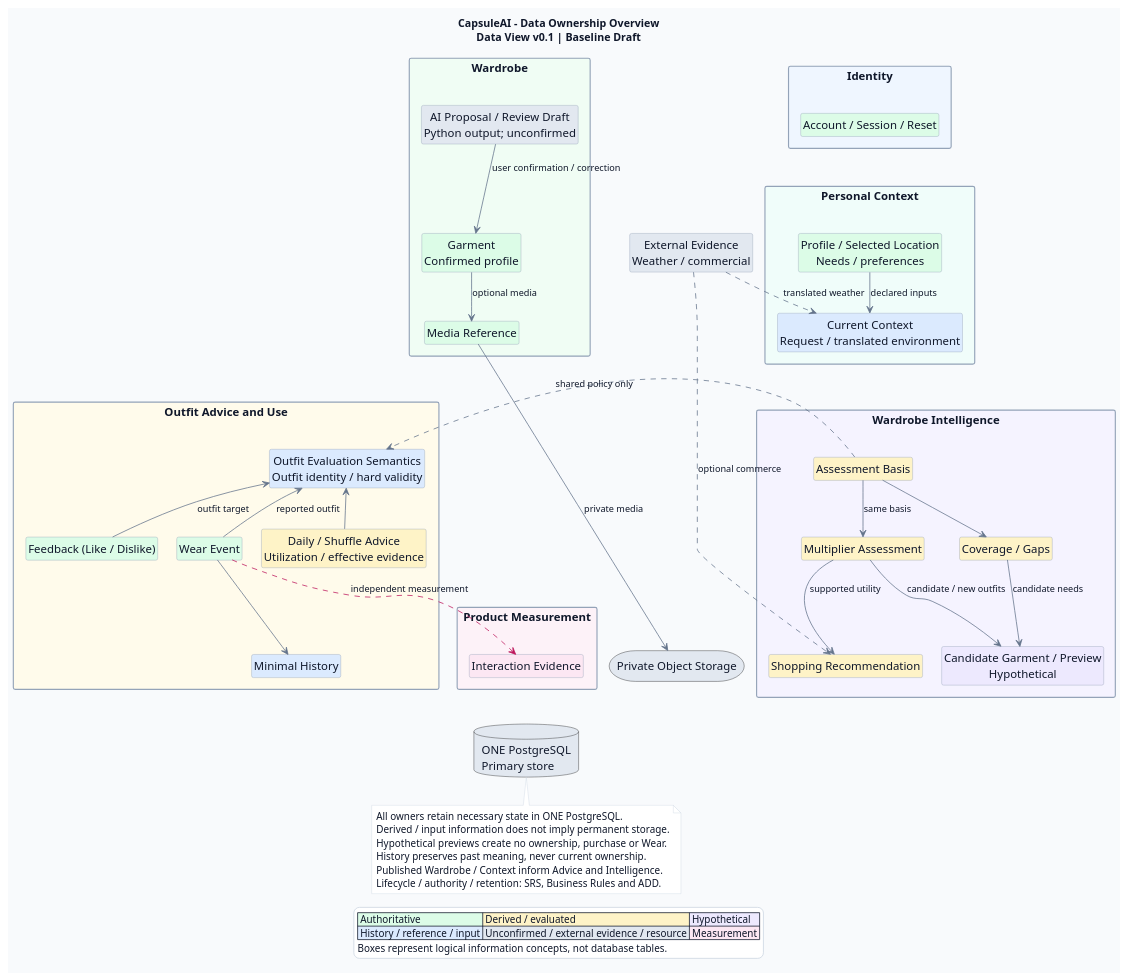
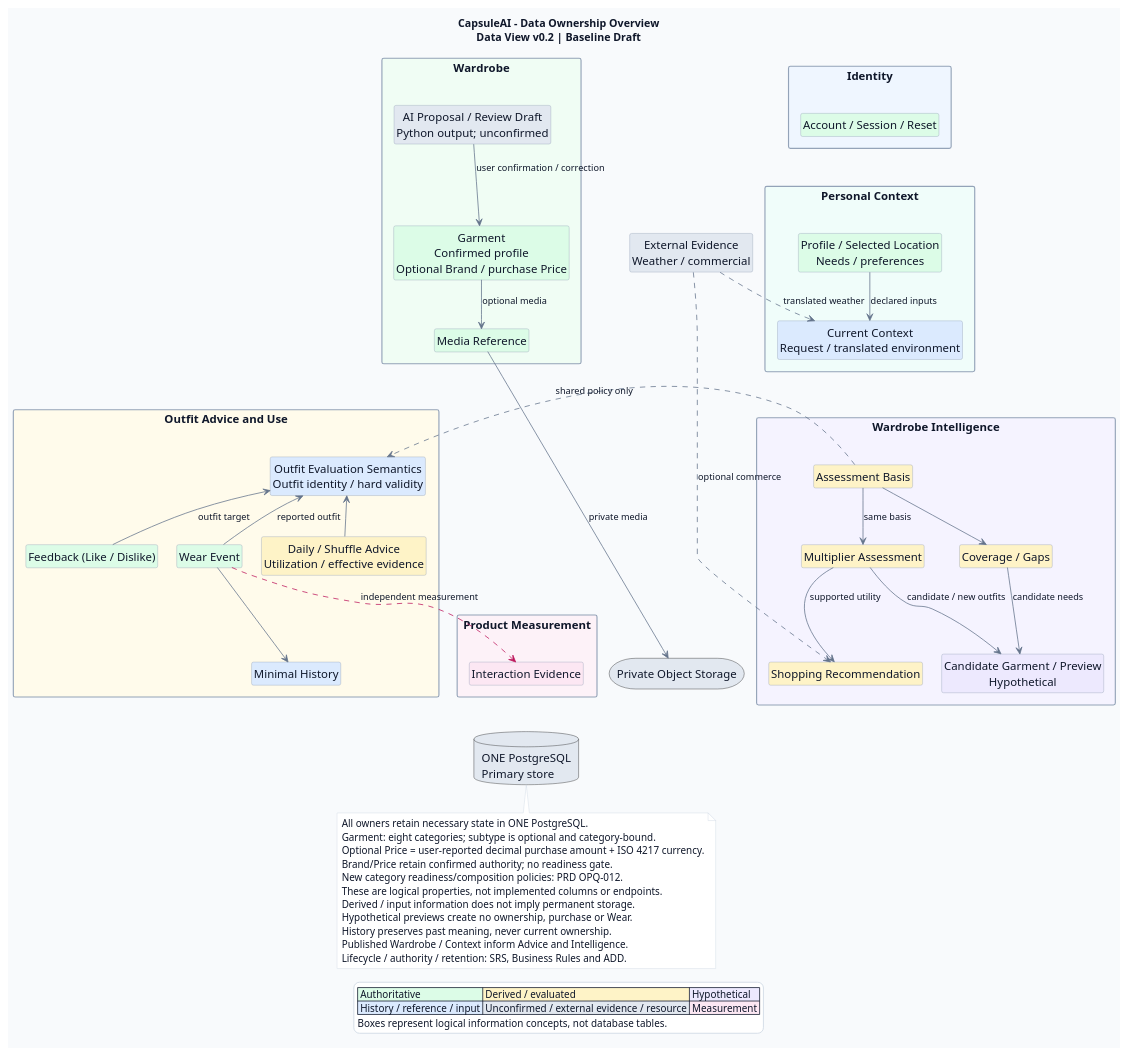
The diagram in docs/04-architecture/views/data-view.puml (luubinhdeptrai/CapsuleAI), drawn with PlantUML before and after one commit. The commit also changed 35 other files, not shown here.

Commit message:
add subtypes for Dress/Jumpsuit, Price and Brand for garment

```diff
--- a/docs/04-architecture/views/data-view.puml
+++ b/docs/04-architecture/views/data-view.puml
@@ -1,142 +1,147 @@
 @startuml
 ' Artifact: CapsuleAI Data View
-' Version: 0.1; Status: Baseline Draft; Presentation refactor: 2026-10-11.
+' Version: 0.2; Status: Baseline Draft; Product-property synchronization: 2026-11-05.
 ' Purpose: Simple logical data ownership overview; concepts are NOT physical tables.
-' Primary Sources: SRS v0.3; Business Rules v0.1.2; ADD v0.1.4;
+' Primary Sources: SRS v0.4; Business Rules v0.2; ADD v0.1.4;
 ' Selected Architecture Decisions v0.1.5 (ADA-001-018 unchanged);
 ' accepted Logical, Implementation and Deployment Views v0.1.
 ' Process: Initial files/CapsuleAI_Scrum_Development_Workflow.md, Sections 4.3/24/40/42/46.
 ' Scope: ownership, major information relationships and conceptual stores; no schema/API design.
 '
 ' Grouped labels summarize related concepts, not merged entities or policies:
 ' Identity retains distinct account/session/reset authority (ADD 9.1; SRS 3.1.1).
 ' Profile includes declared needs/preferences and selected location; request/environment inputs
 ' remain distinct (SRS 3.2/3.3; Logical View's Personal Context and UC-006 authority).
 ' Garment includes its confirmed profile; readiness remains derived Wardrobe policy, not ownership
 ' or a second garment (DATA-GAR-001-005; BRULE-GAR-001-003; ADD 9.5).
 ' Advice and utilization/effective evidence are separate derived meanings under the same owner
 ' (SRS 3.7-3.13; ADD 9.2/9.7); Feedback never implies Wear.
 ' Outfit/Evaluation groups representation and owner-controlled published policy; Intelligence's
 ' reference consumes ONLY the policy, never a private Outfit entity or Daily's displayed subset.
 ' Assessment Basis governs complete same-basis Coverage/Multiplier meaning and hypothetical
 ' previews; five result states and incremental unique-set utility remain in ADD 9.7 / DATA-ANL-004.
 ' Coverage/Gaps remain distinct contextual assessments/capability needs; Candidate/Preview remain
 ' distinct hypothetical meanings (BRULE-COV/GAP/MULT); Shopping retains optional qualified commerce.
 ' Weather/commercial evidence denotes separate sources, not one provider; each owner translates it.
 ' Accepted media associations, minimal history, logical-action outcomes and required resumable
 ' work remain owner-held in ONE PostgreSQL (ADD 8.4/9.2/9.3/9.9; accepted views).
 ' Measurement retains its own work and optional unlinked aggregates (FR-MET-001-007/DATA-RET-003);
 ' its representative fact arrow does not transfer business authority or erase other measured facts.
 ' Detailed lifecycle, authorization, correction/retry/time and source-freshness rules stay in
 ' SRS / Business Rules / ADD; this refactor removes no rule from those authoritative homes.
 ' Draft/evidence/result persistence, physical references/transactions and cleanup realization remain
 ' unresolved detailed design (ADD 9.2-9.9); no shared action/work entity or new decision is selected.
 ' Next: Test Strategy -> Engineering Baseline; Story JIT design follows Sprint selection.
 
-title CapsuleAI - Data Ownership Overview\nData View v0.1 | Baseline Draft
+title CapsuleAI - Data Ownership Overview\nData View v0.2 | Baseline Draft
 allowmixing
 top to bottom direction
 hide empty members
 hide circle
 skinparam backgroundColor #F8FAFC
 skinparam shadowing false
 skinparam packageStyle rectangle
 skinparam defaultFontSize 15
 skinparam ArrowFontSize 12
 skinparam defaultFontColor #0F172A
 skinparam ArrowColor #64748B
 skinparam nodesep 25
 skinparam ranksep 35
 skinparam classBorderColor #94A3B8
 skinparam packageBorderColor #94A3B8
 skinparam noteBackgroundColor #FFFFFF
 skinparam noteBorderColor #CBD5E1
 skinparam noteFontSize 13
 skinparam legendBackgroundColor #FFFFFF
 skinparam legendBorderColor #CBD5E1
 skinparam legendFontSize 13
 
 package "Identity" as Identity #EFF6FF {
     class "Account / Session / Reset" as Access #DCFCE7
 }
 
 package "Personal Context" as Context #F0FDFA {
     class "Profile / Selected Location\nNeeds / preferences" as Profile #DCFCE7
     class "Current Context\nRequest / translated environment" as CurrentContext #DBEAFE
     Profile --> CurrentContext : declared inputs
 }
 
 package "Wardrobe" as Wardrobe #F0FDF4 {
-    class "Garment\nConfirmed profile" as Garment #DCFCE7
+    class "Garment\nConfirmed profile\nOptional Brand / purchase Price" as Garment #DCFCE7
     class "AI Proposal / Review Draft\nPython output; unconfirmed" as Draft #E2E8F0
     class "Media Reference" as MediaReference #DCFCE7
     Draft --> Garment : user confirmation / correction
     Garment --> MediaReference : optional media
 }
 
 package "Outfit Advice and Use" as Outfits #FFFBEB {
     class "Outfit Evaluation Semantics\nOutfit identity / hard validity" as Evaluation #DBEAFE
     class "Daily / Shuffle Advice\nUtilization / effective evidence" as Advice #FEF3C7
     class "Feedback (Like / Dislike)" as Feedback #DCFCE7
     class "Wear Event" as Wear #DCFCE7
     class "Minimal History" as History #DBEAFE
     Advice -up-> Evaluation
     Feedback -up-> Evaluation : outfit target
     Wear -up-> Evaluation : reported outfit
     Wear -down-> History
     Feedback -[hidden]right-> Wear
 }
 
 package "Wardrobe Intelligence" as Intelligence #F5F3FF {
     class "Assessment Basis" as Basis #FEF3C7
     class "Coverage / Gaps" as Coverage #FEF3C7
     class "Candidate Garment / Preview\nHypothetical" as Hypothetical #EDE9FE
     class "Multiplier Assessment" as Multiplier #FEF3C7
     class "Shopping Recommendation" as Shopping #FEF3C7
     Basis -down-> Coverage
     Basis -down-> Multiplier : same basis
     Coverage -down-> Hypothetical : candidate needs
     Multiplier -down-> Hypothetical : candidate / new outfits
     Multiplier -down-> Shopping : supported utility
 }
 
 package "Product Measurement" as Measurement #FDF2F8 {
     class "Interaction Evidence" as Evidence #FCE7F3
 }
 
 class "External Evidence\nWeather / commercial" as ExternalEvidence #E2E8F0
 database "ONE PostgreSQL\nPrimary store" as DB #E2E8F0
 storage "Private Object Storage" as Media #E2E8F0
 
 ' Arrows show conceptual meaning, not runtime calls, SQL joins or execution order.
 ' Cross-owner arrows reference published identities/values/policy, not private entities or writes.
 Basis -[dashed]right-> Evaluation : shared policy only
 ExternalEvidence -[dashed]-> CurrentContext : translated weather
 ExternalEvidence -[dashed]-> Shopping : optional commerce
 Wear ..[#BE185D]> Evidence : independent measurement
 MediaReference --> Media : private media
 
 ' Layout aids only; they introduce no information or ownership relationship.
 Access -[hidden]down-> Profile
 CurrentContext -[hidden]down-> Basis
 MediaReference -[hidden]down-> Evaluation
 History -[hidden]down-> DB
 Evidence -[hidden]down-> DB
 Media -[hidden]down-> DB
 
 note as Boundaries
   All owners retain necessary state in ONE PostgreSQL.
+  Garment: eight categories; subtype is optional and category-bound.
+  Optional Price = user-reported decimal purchase amount + ISO 4217 currency.
+  Brand/Price retain confirmed authority; no readiness gate.
+  New category readiness/composition policies: PRD OPQ-012.
+  These are logical properties, not implemented columns or endpoints.
   Derived / input information does not imply permanent storage.
   Hypothetical previews create no ownership, purchase or Wear.
   History preserves past meaning, never current ownership.
   Published Wardrobe / Context inform Advice and Intelligence.
   Lifecycle / authority / retention: SRS, Business Rules and ADD.
 end note
 DB -[hidden]down-> Boundaries
 
 legend bottom
   |<#DCFCE7> Authoritative |<#FEF3C7> Derived / evaluated |<#EDE9FE> Hypothetical |
   |<#DBEAFE> History / reference / input |<#E2E8F0> Unconfirmed / external evidence / resource |<#FCE7F3> Measurement |
   Boxes represent logical information concepts, not database tables.
 endlegend
 @enduml
```
